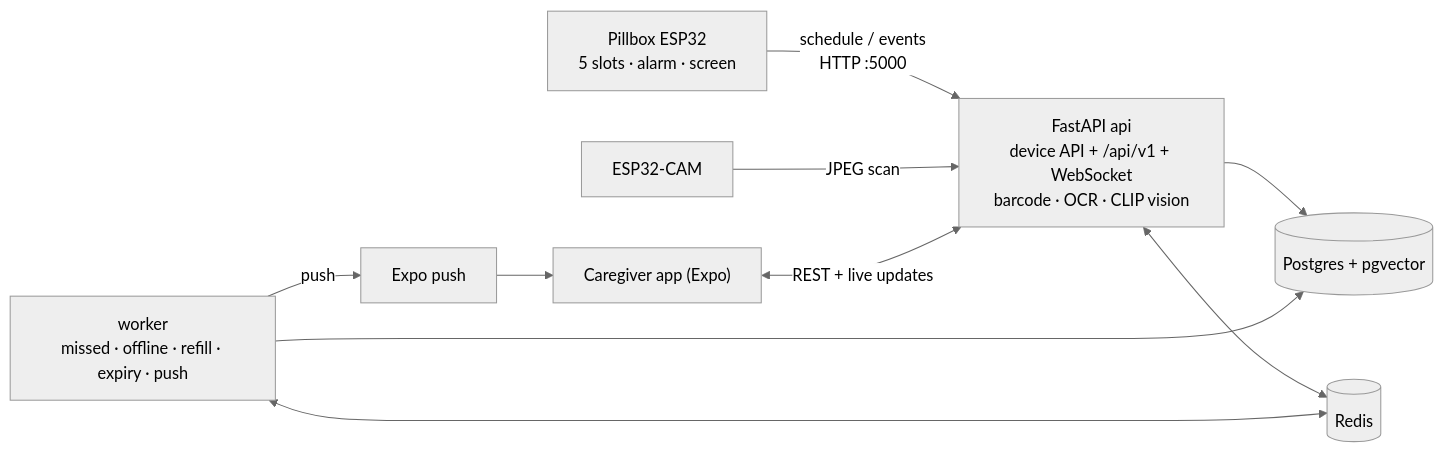
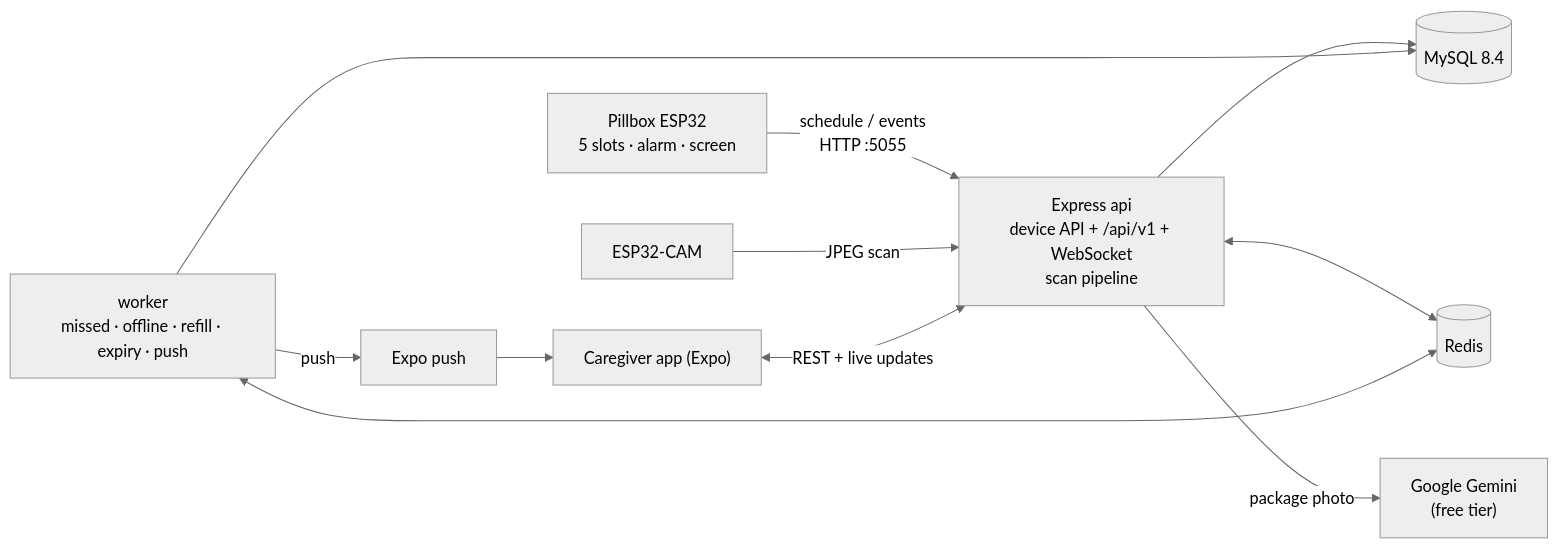
The diagram in README.md (ArtisTechs/voice-prototype-medicine-reminder), drawn with Mermaid (neutral theme) before and after one commit. The commit also changed other lines of this file and 237 other files, not shown here.

First line of the commit message:
feat(backend): move API to Express + TypeScript, MySQL 8.4 and Gemini

````diff
--- a/README.md
+++ b/README.md
@@ -10,11 +10,12 @@
 ```mermaid
 flowchart LR
-  PB["Pillbox ESP32<br/>5 slots · alarm · screen"] -- "schedule / events<br/>HTTP :5000" --> API
+  PB["Pillbox ESP32<br/>5 slots · alarm · screen"] -- "schedule / events<br/>HTTP :5055" --> API
   CAM["ESP32-CAM"] -- "JPEG scan" --> API
-  API["FastAPI api<br/>device API + /api/v1 + WebSocket<br/>barcode · OCR · CLIP vision"] --> DB[("Postgres + pgvector")]
+  API["Express api<br/>device API + /api/v1 + WebSocket<br/>scan pipeline"] --> DB[("MySQL 8.4")]
+  API -- "package photo" --> GEM["Google Gemini<br/>(free tier)"]
   API <--> R[("Redis")]
   W["worker<br/>missed · offline · refill · expiry · push"] --> DB
   W <--> R
   W -- push --> EXPO["Expo push"] --> APP
   APP["Caregiver app (Expo)"] <-- "REST + live updates" --> API
 ```
````
